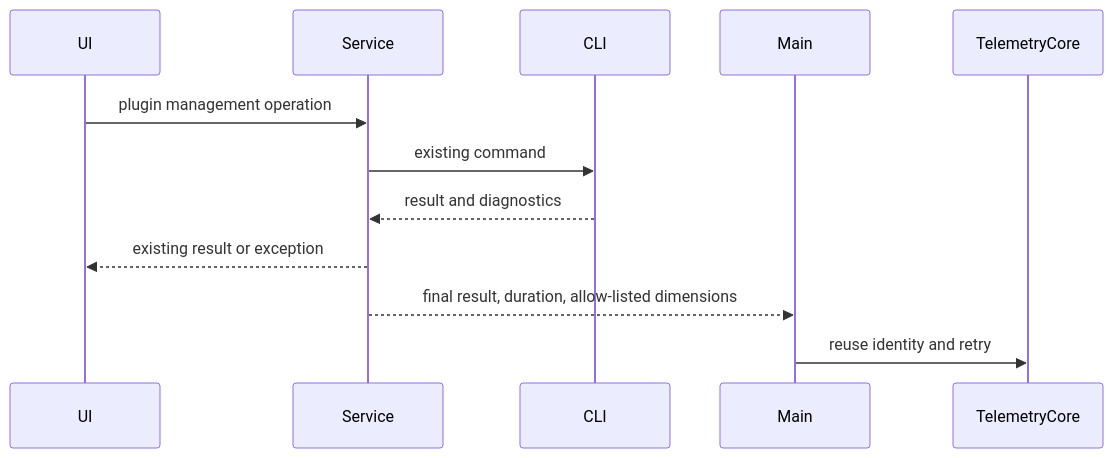
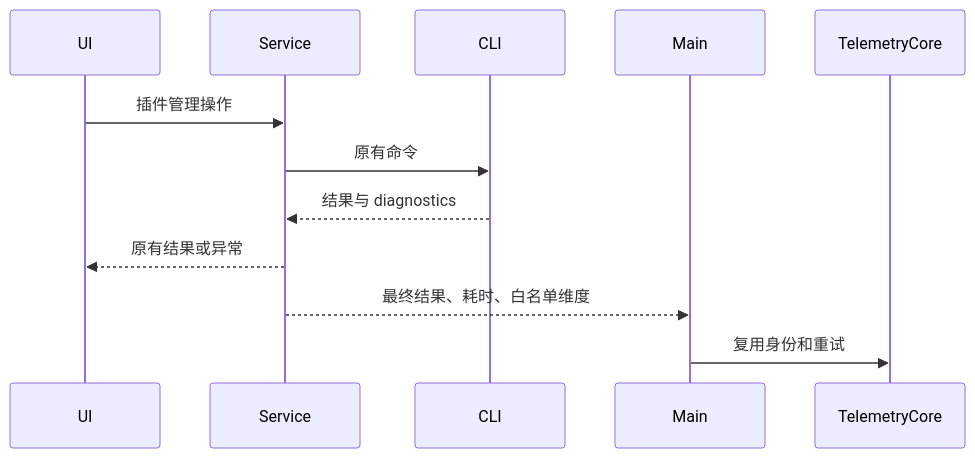
One commit to osben/ZCode changed the diagram in docs/monitoring/plugin-lifecycle-telemetry.md. Above: the diagram before and after it, drawn with Mermaid. The commit also changed other lines of this file and 5391 other files, not shown here.

````diff
--- a/docs/monitoring/plugin-lifecycle-telemetry.md
+++ b/docs/monitoring/plugin-lifecycle-telemetry.md
@@ -20,9 +17,9 @@
 ```mermaid
 sequenceDiagram
-  UI->>Service: plugin management operation
-  Service->>CLI: existing command
-  CLI-->>Service: result and diagnostics
-  Service-->>UI: existing result or exception
-  Service-->>Main: final result, duration, allow-listed dimensions
-  Main->>TelemetryCore: reuse identity and retry
+  UI->>Service: 插件管理操作
+  Service->>CLI: 原有命令
+  CLI-->>Service: 结果与 diagnostics
+  Service-->>UI: 原有结果或异常
+  Service-->>Main: 最终结果、耗时、白名单维度
+  Main->>TelemetryCore: 复用身份和重试
 ```
````
